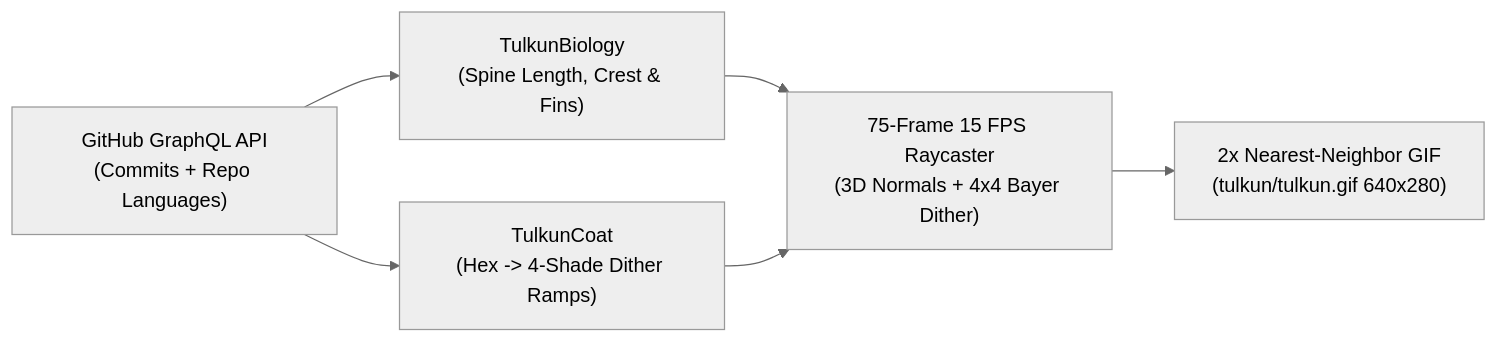
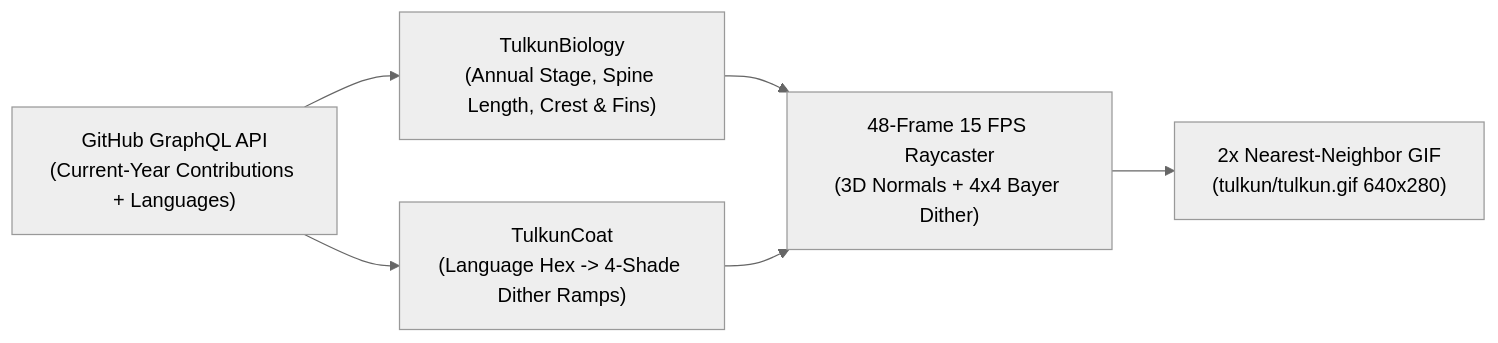
The diagram in README.md (PramudithaN/git-tulkun), drawn with Mermaid (neutral theme) before and after one commit. The commit also changed other lines of this file, not shown here.

````diff
--- a/README.md
+++ b/README.md
@@ -45,8 +110,8 @@
 ```mermaid
 flowchart LR
-    A["GitHub GraphQL API\n(Commits + Repo Languages)"] --> B["TulkunBiology\n(Spine Length, Crest & Fins)"]
-    A --> C["TulkunCoat\n(Hex -> 4-Shade Dither Ramps)"]
-    B --> D["75-Frame 15 FPS Raycaster\n(3D Normals + 4x4 Bayer Dither)"]
+    A["GitHub GraphQL API\n(Current-Year Contributions + Languages)"] --> B["TulkunBiology\n(Annual Stage, Spine Length, Crest & Fins)"]
+    A --> C["TulkunCoat\n(Language Hex -> 4-Shade Dither Ramps)"]
+    B --> D["48-Frame 15 FPS Raycaster\n(3D Normals + 4x4 Bayer Dither)"]
     C --> D
     D --> E["2x Nearest-Neighbor GIF\n(tulkun/tulkun.gif 640x280)"]
 ```
````
